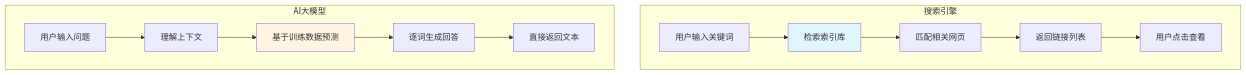
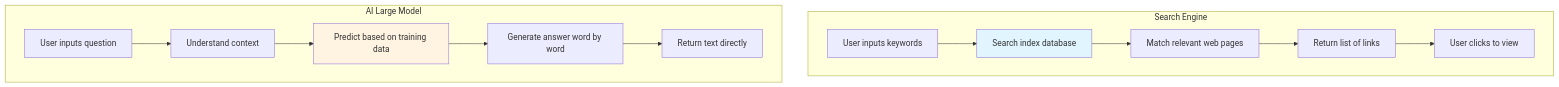
The second of 7 diagrams in docs/lessons/lesson-0.md (tianhongTina/ai-literacy-bootcamp), drawn with Mermaid before and after one commit. The commit also changed other lines of this file and 18 other files, not shown here.

````diff
--- a/docs/lessons/lesson-0.md
+++ b/docs/lessons/lesson-0.md
@@ -275,19 +282,19 @@
 ```mermaid
 graph TB
-    subgraph 搜索引擎
-    A1[用户输入关键词] --> B1[检索索引库]
-    B1 --> C1[匹配相关网页]
-    C1 --> D1[返回链接列表]
-    D1 --> E1[用户点击查看]
+    subgraph Search Engine
+    A1[User inputs keywords] --> B1[Search index database]
+    B1 --> C1[Match relevant web pages]
+    C1 --> D1[Return list of links]
+    D1 --> E1[User clicks to view]
     end
-    
-    subgraph AI大模型
-    A2[用户输入问题] --> B2[理解上下文]
-    B2 --> C2[基于训练数据预测]
-    C2 --> D2[逐词生成回答]
-    D2 --> E2[直接返回文本]
+
+    subgraph AI Large Model
+    A2[User inputs question] --> B2[Understand context]
+    B2 --> C2[Predict based on training data]
+    C2 --> D2[Generate answer word by word]
+    D2 --> E2[Return text directly]
     end
-    
+
     style B1 fill:#e1f5ff
     style C2 fill:#fff4e1
 ```
````
